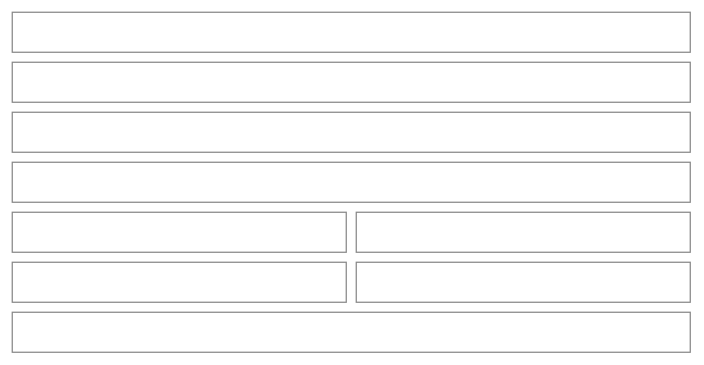
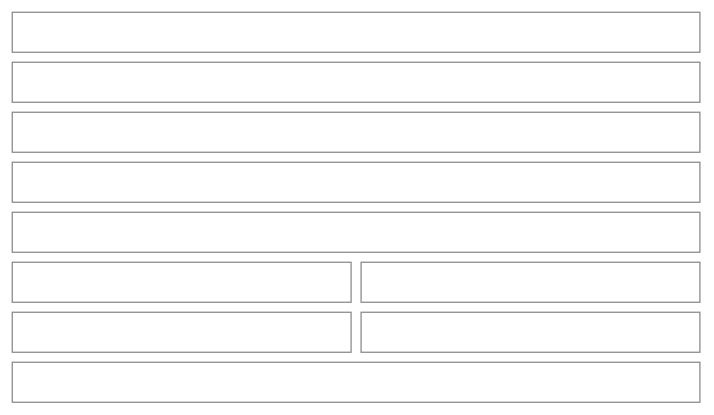
The sixth of 54 diagrams in src/apps/pinch/UX.md (NovaMoonX/moondreams-dev-apps), drawn with Mermaid before and after one commit. The commit also changed other lines of this file and 4 other files, not shown here.

````diff
--- a/src/apps/pinch/UX.md
+++ b/src/apps/pinch/UX.md
@@ -261,23 +261,25 @@
 ```mermaid
 %%{init: {'theme': 'base', 'themeVariables': {'primaryColor': 'transparent', 'primaryBorderColor': '#888888', 'primaryTextColor': '#333333', 'lineColor': '#888888'}}}%%
 block-beta
   columns 2
   C1["‹   Oct 15 – 21   ›   Month [ Week ]"]:2
   C2["Next 7 days · 20 meals              $5.05 so far ⚠ ›"]:2
+  C2b["Avg per meal so far $0.30 · Daily average 🔥 1850 💪 92g (smaller, muted)"]:2
   C3["Earlier, Oct 11–14 · 3 meals   ⌄"]:2
   C4["( Today ) ›            +"]:2
   C5["🍳 Banana · Breakfast"]:1
   C6["No price yet"]:1
   C7["🍝 Adobo chicken & 1 more · Dinner"]:1
   C8["$0.15+"]:1
   C9["Tomorrow ›             +"]:2
   style C1 fill:transparent,stroke:#888888,stroke-width:1px;
   style C2 fill:transparent,stroke:#888888,stroke-width:1px;
+  style C2b fill:transparent,stroke:#888888,stroke-width:1px;
   style C3 fill:transparent,stroke:#888888,stroke-width:1px;
   style C4 fill:transparent,stroke:#888888,stroke-width:1px;
   style C5 fill:transparent,stroke:#888888,stroke-width:1px;
   style C6 fill:transparent,stroke:#888888,stroke-width:1px;
   style C7 fill:transparent,stroke:#888888,stroke-width:1px;
   style C8 fill:transparent,stroke:#888888,stroke-width:1px;
   style C9 fill:transparent,stroke:#888888,stroke-width:1px;
 ```
````
